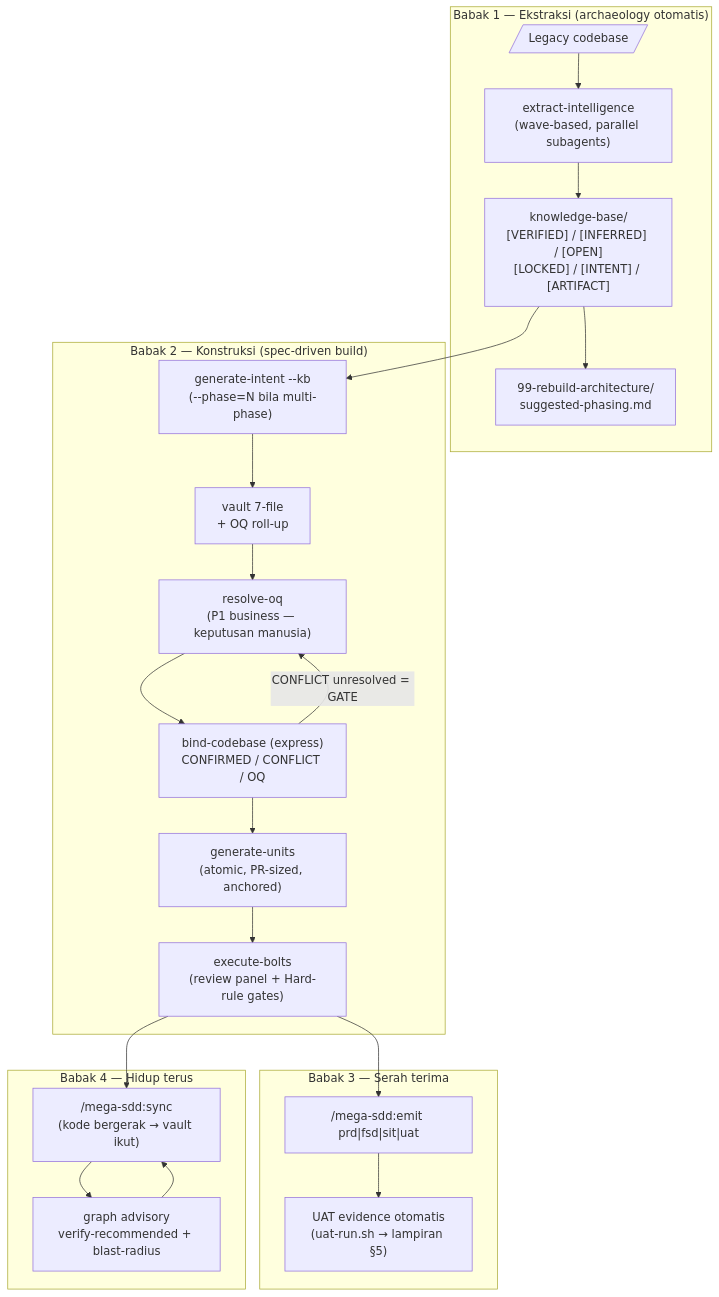
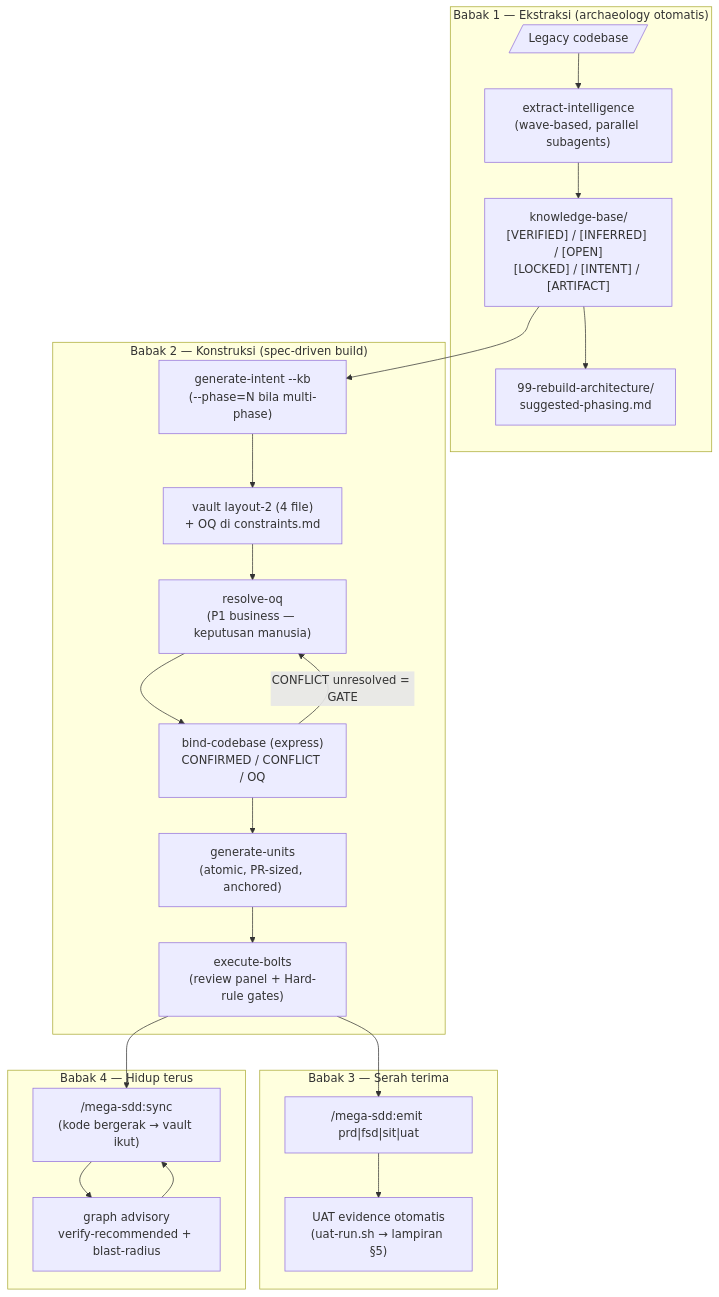
The first of 2 diagrams in docs/mega-sdd/revamp-journey.md (FarhanRiuzaki/Mega-SDD), drawn with Mermaid before and after one commit. The commit also changed other lines of this file and 6 other files, not shown here.

````diff
--- a/docs/mega-sdd/revamp-journey.md
+++ b/docs/mega-sdd/revamp-journey.md
@@ -11,26 +11,26 @@
 ```mermaid
 flowchart TD
     subgraph B1["Babak 1 — Ekstraksi (archaeology otomatis)"]
         L[/"Legacy codebase"/] --> EI["extract-intelligence<br/>(wave-based, parallel subagents)"]
         EI --> KB["knowledge-base/<br/>[VERIFIED] / [INFERRED] / [OPEN]<br/>[LOCKED] / [INTENT] / [ARTIFACT]"]
         KB --> PH["99-rebuild-architecture/<br/>suggested-phasing.md"]
     end
     subgraph B2["Babak 2 — Konstruksi (spec-driven build)"]
         KB --> GI["generate-intent --kb<br/>(--phase=N bila multi-phase)"]
-        GI --> VAULT["vault 7-file<br/>+ OQ roll-up"]
+        GI --> VAULT["vault layout-2 (4 file)<br/>+ OQ di constraints.md"]
         VAULT --> ROQ["resolve-oq<br/>(P1 business — keputusan manusia)"]
         ROQ --> BIND["bind-codebase (express)<br/>CONFIRMED / CONFLICT / OQ"]
         BIND -- "CONFLICT unresolved = GATE" --> ROQ
         BIND --> GU["generate-units<br/>(atomic, PR-sized, anchored)"]
         GU --> EB["execute-bolts<br/>(review panel + Hard-rule gates)"]
     end
     subgraph B3["Babak 3 — Serah terima"]
         EB --> EMIT["/mega-sdd:emit prd|fsd|sit|uat"]
         EMIT --> EVID["UAT evidence otomatis<br/>(uat-run.sh → lampiran §5)"]
     end
     subgraph B4["Babak 4 — Hidup terus"]
         EB --> SYNC["/mega-sdd:sync<br/>(kode bergerak → vault ikut)"]
         SYNC --> GRAPH["graph advisory<br/>verify-recommended + blast-radius"]
         GRAPH --> SYNC
     end
 ```
````
